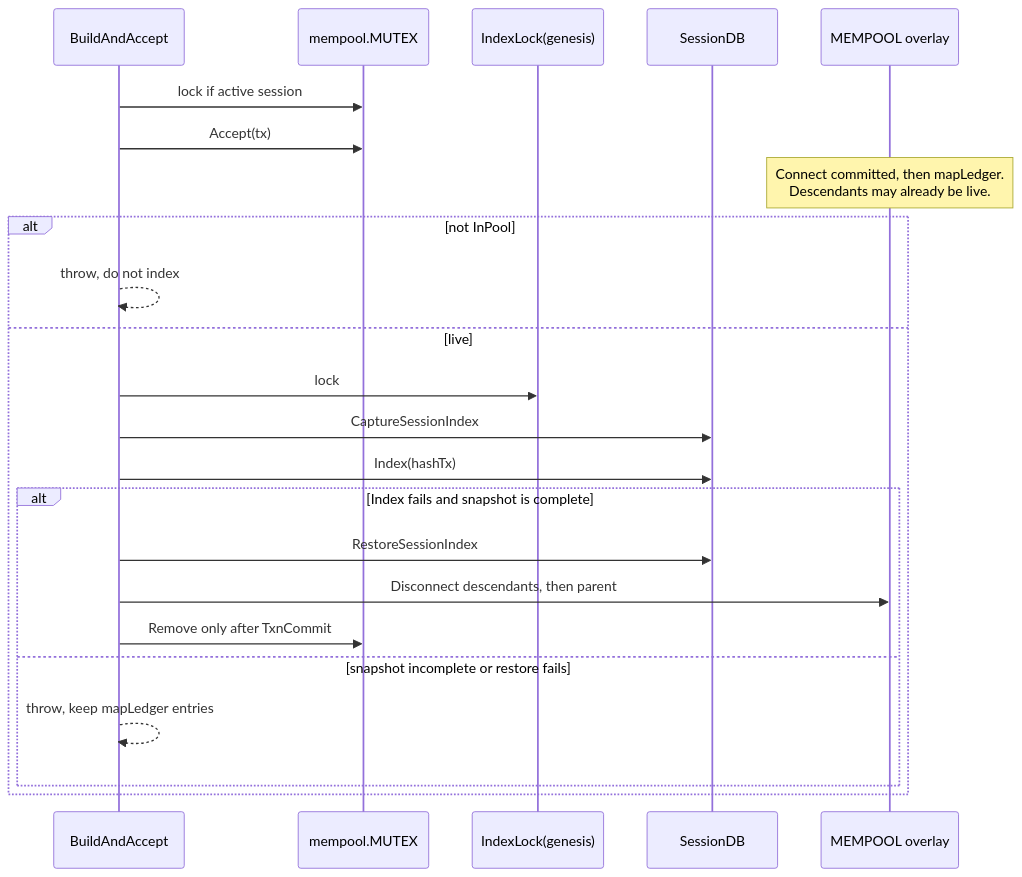
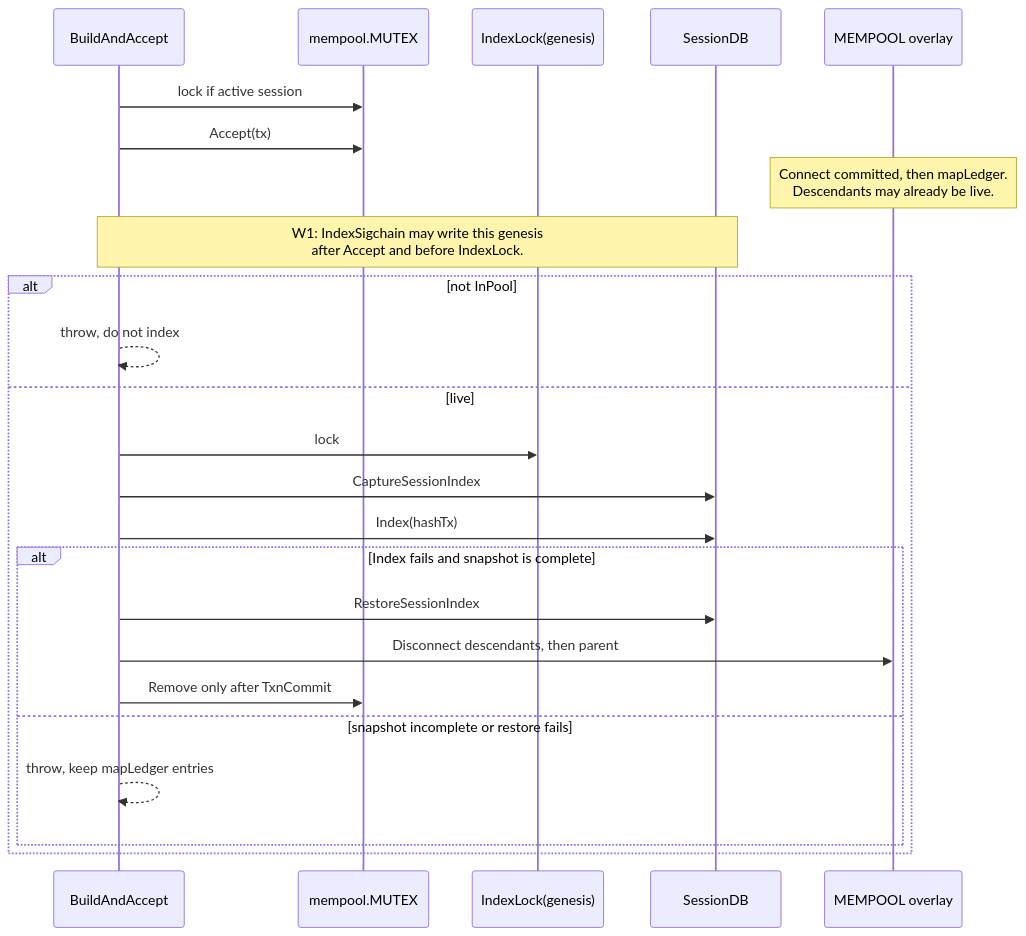
One commit to NamecoinGithub/LLL-TAO changed the second of 7 diagrams in docs/architecture/BUILD_CPP.md. Above: the diagram before and after it, drawn with Mermaid. The commit also changed other lines of this file and 3 other files, not shown here.

````diff
--- a/docs/architecture/BUILD_CPP.md
+++ b/docs/architecture/BUILD_CPP.md
@@ -27,26 +50,27 @@
 ```mermaid
 sequenceDiagram
     participant API as BuildAndAccept
     participant Pool as mempool.MUTEX
     participant Idx as IndexLock(genesis)
     participant SDB as SessionDB
     participant Ov as MEMPOOL overlay
 
     API->>Pool: lock if active session
     API->>Pool: Accept(tx)
     Note over Ov: Connect committed, then mapLedger.<br/>Descendants may already be live.
+    Note over API,SDB: W1: IndexSigchain may write this genesis<br/>after Accept and before IndexLock.
     alt not InPool
         API-->>API: throw, do not index
     else live
         API->>Idx: lock
         API->>SDB: CaptureSessionIndex
         API->>SDB: Index(hashTx)
         alt Index fails and snapshot is complete
             API->>SDB: RestoreSessionIndex
             API->>Ov: Disconnect descendants, then parent
             API->>Pool: Remove only after TxnCommit
         else snapshot incomplete or restore fails
             API-->>API: throw, keep mapLedger entries
         end
     end
 ```
````
